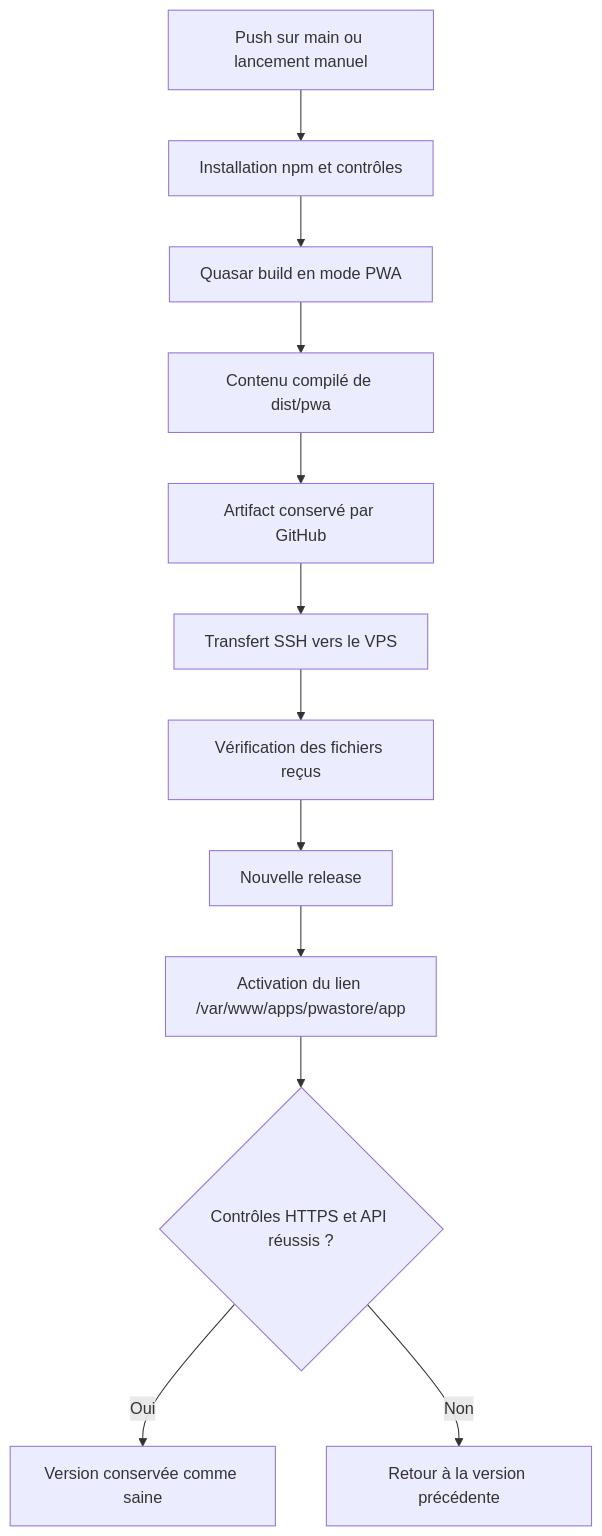
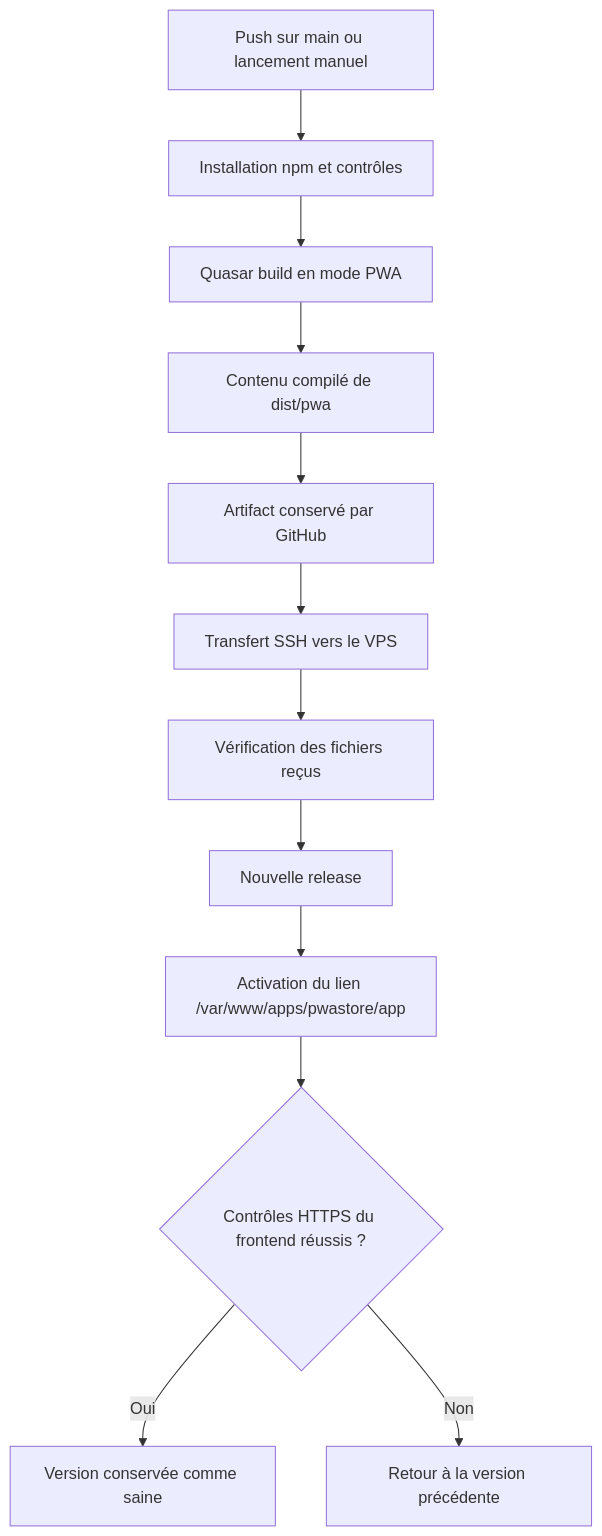
Before and after one commit to paulus15/oneappapp: the diagram in README.md, drawn with Mermaid. The commit also changed 12 other files, not shown here.

````diff
--- a/README.md
+++ b/README.md
@@ -250,14 +250,14 @@
 ```mermaid
 flowchart TD
     A[Push sur main ou lancement manuel] --> B[Installation npm et contrôles]
     B --> C[Quasar build en mode PWA]
     C --> D[Contenu compilé de dist/pwa]
     D --> E[Artifact conservé par GitHub]
     E --> F[Transfert SSH vers le VPS]
     F --> G[Vérification des fichiers reçus]
     G --> H[Nouvelle release]
     H --> I[Activation du lien /var/www/apps/pwastore/app]
-    I --> J{Contrôles HTTPS et API réussis ?}
+    I --> J{Contrôles HTTPS du frontend réussis ?}
     J -->|Oui| K[Version conservée comme saine]
     J -->|Non| L[Retour à la version précédente]
 ```
````
